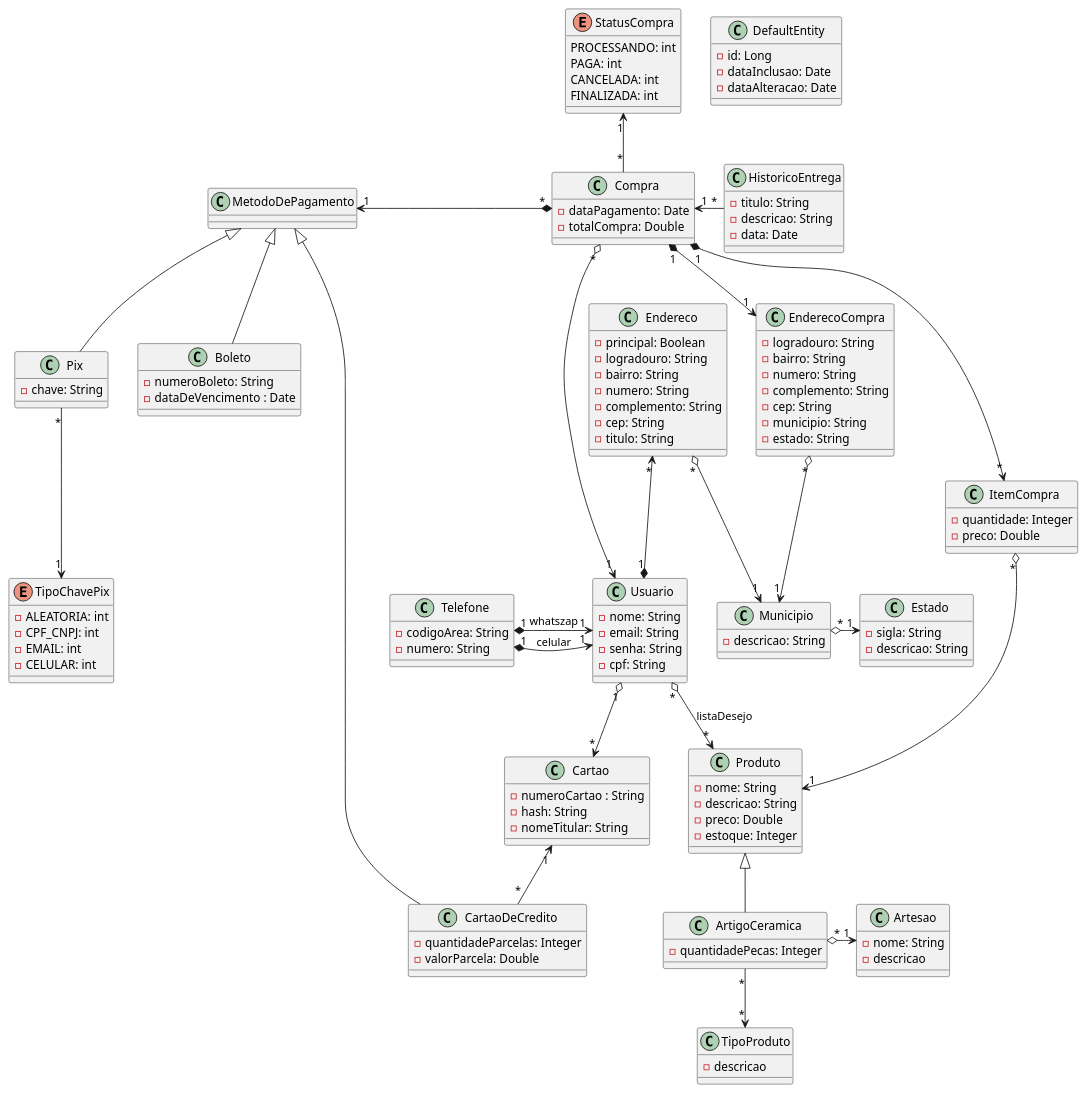
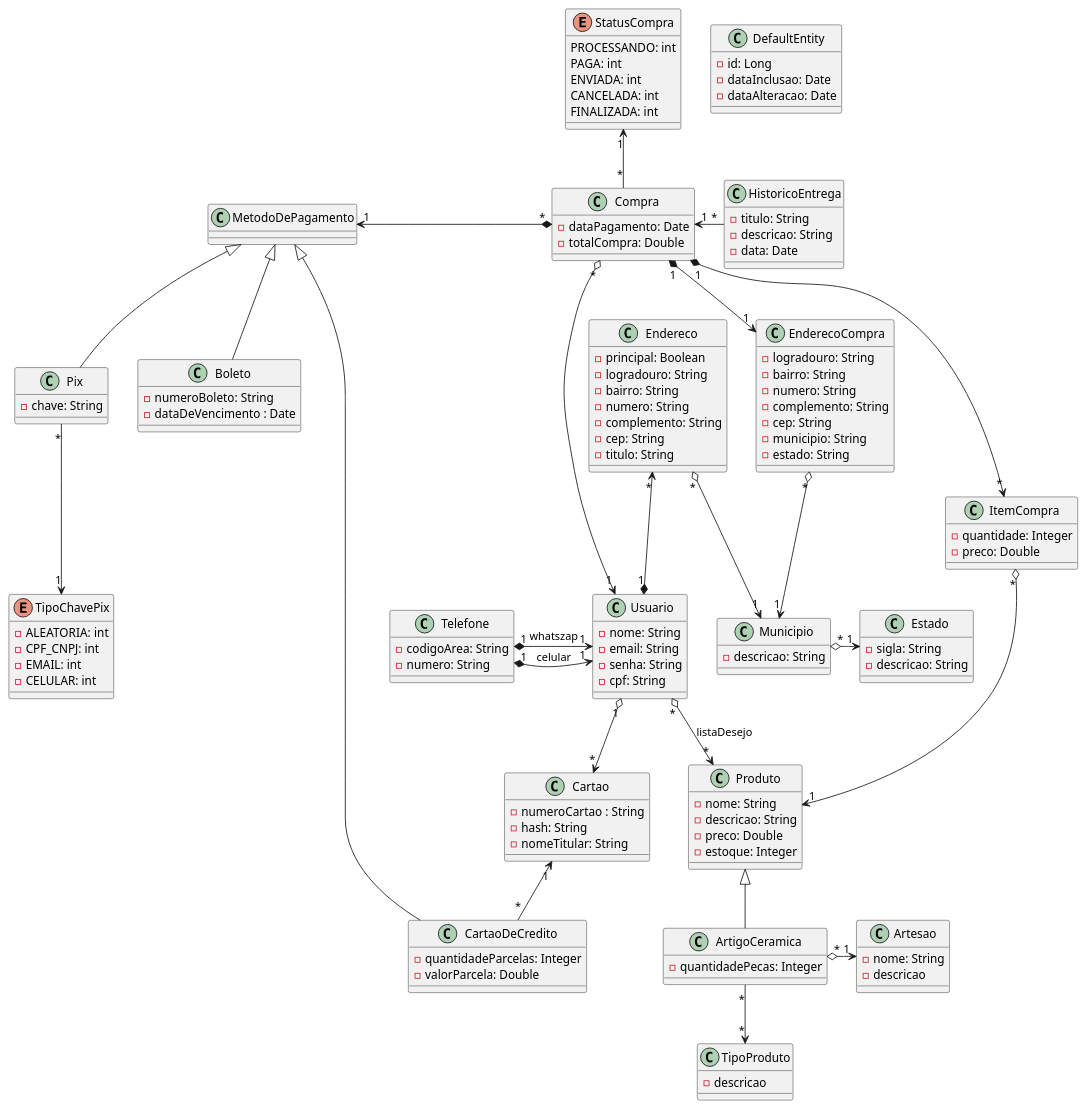
The diagram in src/main/resources/doc/diagrama.plantuml (rodriguesiad/PROJETO_TOPICOS_UNITINS), drawn with PlantUML before and after one commit. The commit also changed 12 other files, not shown here.

```diff
--- a/src/main/resources/doc/diagrama.plantuml
+++ b/src/main/resources/doc/diagrama.plantuml
@@ -1,149 +1,150 @@
 @startuml
 
     class Usuario {
         - nome: String
         - email: String
         - senha: String
         - cpf: String
     }
 
     class Telefone {
         - codigoArea: String
         - numero: String
     }
 
     class Compra {
         - dataPagamento: Date
         - totalCompra: Double
     }
 
     enum StatusCompra{
         PROCESSANDO: int
         PAGA: int
+        ENVIADA: int
         CANCELADA: int
         FINALIZADA: int
     }
 
     class HistoricoEntrega{
       - titulo: String
       - descricao: String
       - data: Date
     }
 
     class ItemCompra {
         - quantidade: Integer
         - preco: Double
     }
 
     class Endereco {
         - principal: Boolean
         - logradouro: String
         - bairro: String
         - numero: String
         - complemento: String
         - cep: String
         - titulo: String
     }
 
     class EnderecoCompra {
         - logradouro: String
         - bairro: String
         - numero: String
         - complemento: String
         - cep: String
         - municipio: String
         - estado: String
     }
 
     class Municipio {
       - descricao: String
     }
 
     class Estado {
       - sigla: String
       - descricao: String
     }
 
     class MetodoDePagamento{
     }
 
     class Pix extends MetodoDePagamento{
       - chave: String
     }
 
     enum TipoChavePix{
 
       - ALEATORIA: int
       - CPF_CNPJ: int
       - EMAIL: int
       - CELULAR: int
 
     }
 
     class Boleto extends MetodoDePagamento{
       - numeroBoleto: String
       - dataDeVencimento : Date
     }
 
     class CartaoDeCredito extends MetodoDePagamento{
       - quantidadeParcelas: Integer
       - valorParcela: Double
     }
 
     class DefaultEntity {
         - id: Long
         - dataInclusao: Date
         - dataAlteracao: Date
     }
 
      class Cartao {
         - numeroCartao : String
         - hash: String
         - nomeTitular: String
     }
 
     class Artesao {
       - nome: String
       - descricao
     }
 
     class Produto{
         - nome: String
         - descricao: String
         - preco: Double
         - estoque: Integer
     }
 
     class ArtigoCeramica extends Produto{
          - quantidadePecas: Integer
     }
 
     class TipoProduto {
       - descricao
     }
 
     Usuario "*" o--> "*" Produto: listaDesejo
     Telefone "1" *-right-> "1" Usuario: celular
     Telefone "1" *-right-> "1" Usuario: whatszap
     Usuario "1" o-down->  "*" Cartao
 
     Endereco "*" <--* "1" Usuario
     Compra "1" *--> "1" EnderecoCompra
     Endereco "*" o--> "1" Municipio
     Municipio "*" o-right-> "1" Estado
     EnderecoCompra "*" o--> "1" Municipio
 
     Compra "*" o---> "1" Usuario
     Compra "*" -up-> "1" StatusCompra
     Compra "*" *--left-> "1" MetodoDePagamento
     Compra "1" <-right- "*" HistoricoEntrega
     Compra "1" *--> "*" ItemCompra
 
     ItemCompra "*" o--> "1" Produto
     Cartao "1" <-- "*" CartaoDeCredito
     Pix "*" --> "1" TipoChavePix
     Artesao "1" <-left-o "*" ArtigoCeramica
 
     ArtigoCeramica "*" --> "*" TipoProduto
 
 @enduml
```
